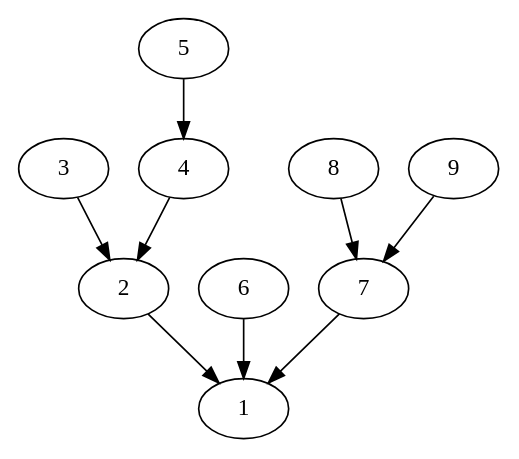
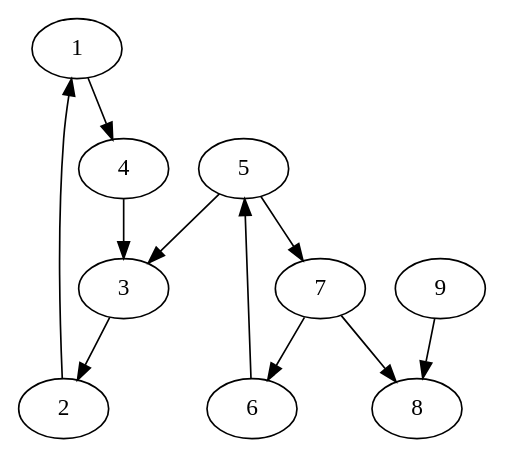
Before and after one commit to ArthurZucker/IAG_TP1_Final: the diagram in digraph-1-predfs_inverse.dot, drawn with Graphviz. The commit also changed 22 other files, not shown here.

```diff
--- a/digraph-1-predfs_inverse.dot
+++ b/digraph-1-predfs_inverse.dot
@@ -1,10 +1,12 @@
 digraph premier_graph {
-1;2 -> 1 ;
+1 -> 4 ;
+2 -> 1 ;
 3 -> 2 ;
-4 -> 2 ;
-5 -> 4 ;
-6 -> 1 ;
-7 -> 1 ;
-8 -> 7 ;
-9 -> 7 ;
+4 -> 3 ;
+5 -> 3 ;
+5 -> 7 ;
+6 -> 5 ;
+7 -> 6 ;
+7 -> 8 ;
+8;9 -> 8 ;
 }
```
